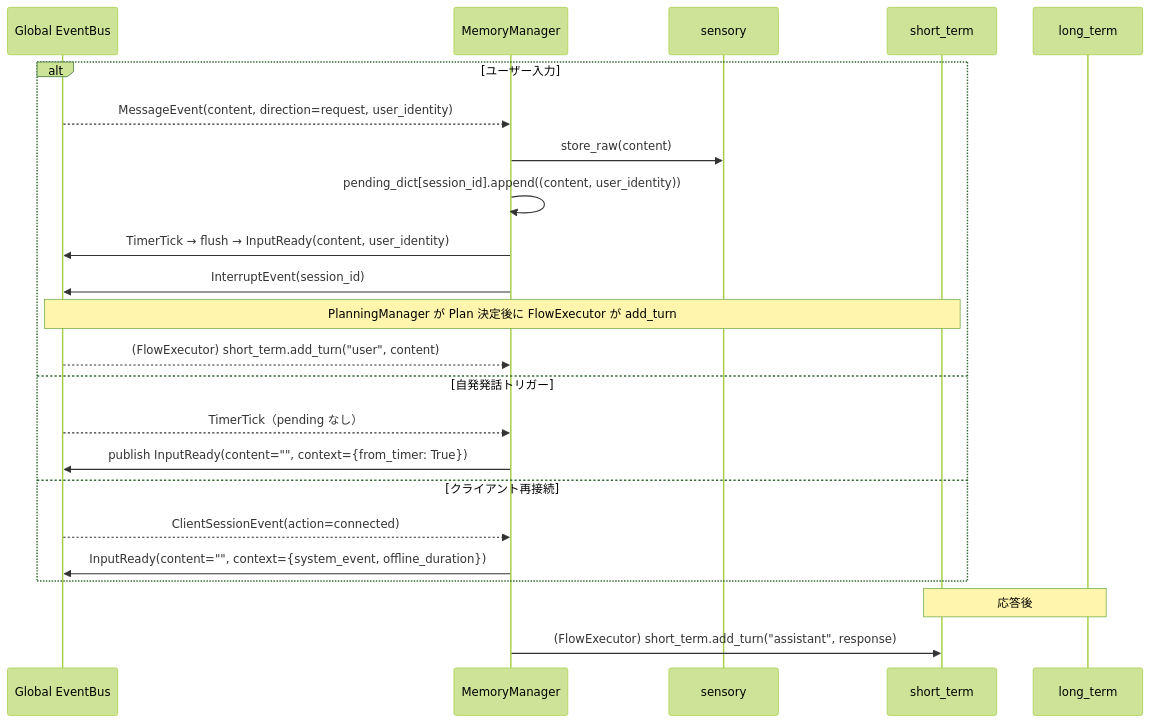
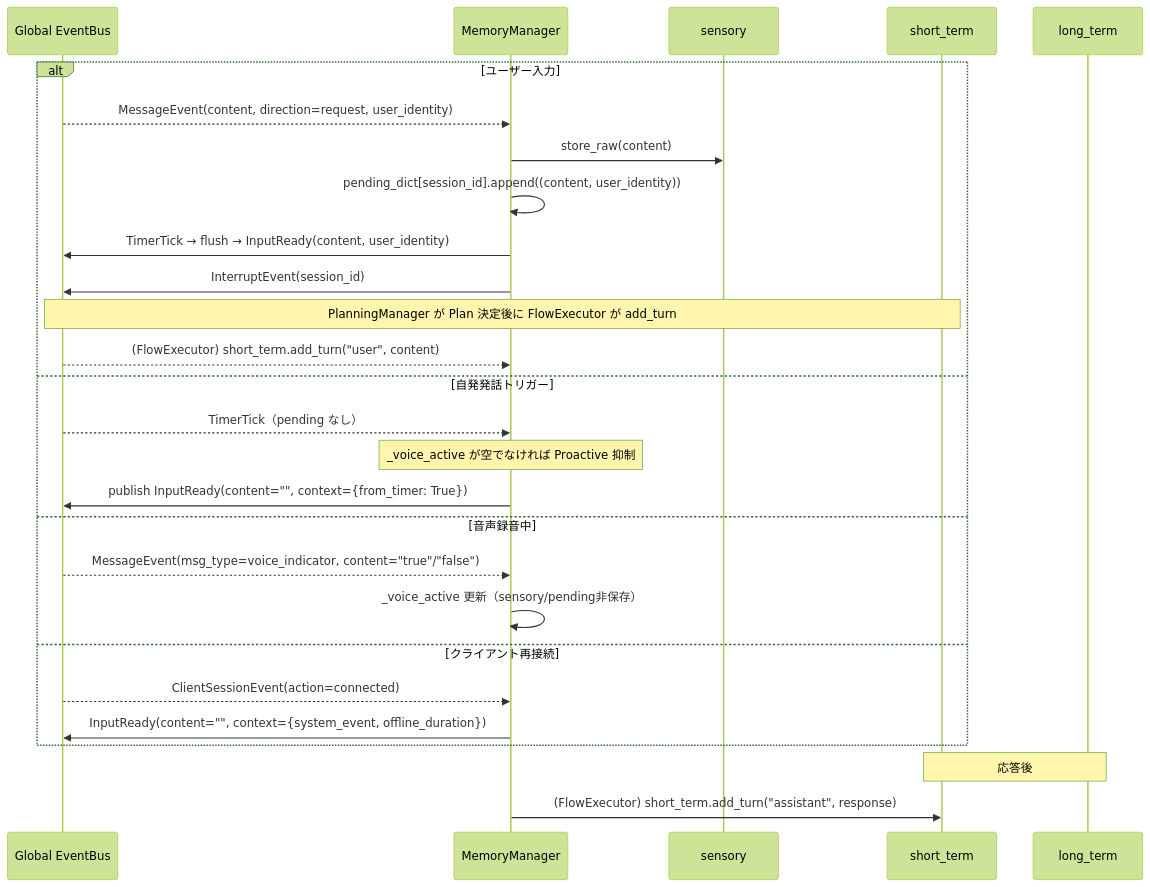
Before and after one commit to ibukani/iris-mind: the diagram in docs/memory-layer.md, drawn with Mermaid (forest theme). The commit also changed other lines of this file and 6 other files, not shown here.

````diff
--- a/docs/memory-layer.md
+++ b/docs/memory-layer.md
@@ -188,28 +188,32 @@
 ```mermaid
 sequenceDiagram
     participant EB as Global EventBus
     participant MGR as MemoryManager
     participant SEN as sensory
     participant STM as short_term
     participant LTM as long_term
 
     alt ユーザー入力
         EB-->>MGR: MessageEvent(content, direction=request, user_identity)
         MGR->>SEN: store_raw(content)
         MGR->>MGR: pending_dict[session_id].append((content, user_identity))
         MGR->>EB: TimerTick → flush → InputReady(content, user_identity)
         MGR->>EB: InterruptEvent(session_id)
 
         Note over EB,STM: PlanningManager が Plan 決定後に FlowExecutor が add_turn
         EB-->>MGR: (FlowExecutor) short_term.add_turn("user", content)
     else 自発発話トリガー
         EB-->>MGR: TimerTick（pending なし）
+        Note over MGR: _voice_active が空でなければ Proactive 抑制
         MGR->>EB: publish InputReady(content="", context={from_timer: True})
+    else 音声録音中
+        EB-->>MGR: MessageEvent(msg_type=voice_indicator, content="true"/"false")
+        MGR->>MGR: _voice_active 更新（sensory/pending非保存）
     else クライアント再接続
         EB-->>MGR: ClientSessionEvent(action=connected)
         MGR->>EB: InputReady(content="", context={system_event, offline_duration})
     end
 
     Note over STM,LTM: 応答後
     MGR->>STM: (FlowExecutor) short_term.add_turn("assistant", response)
 ```
````
